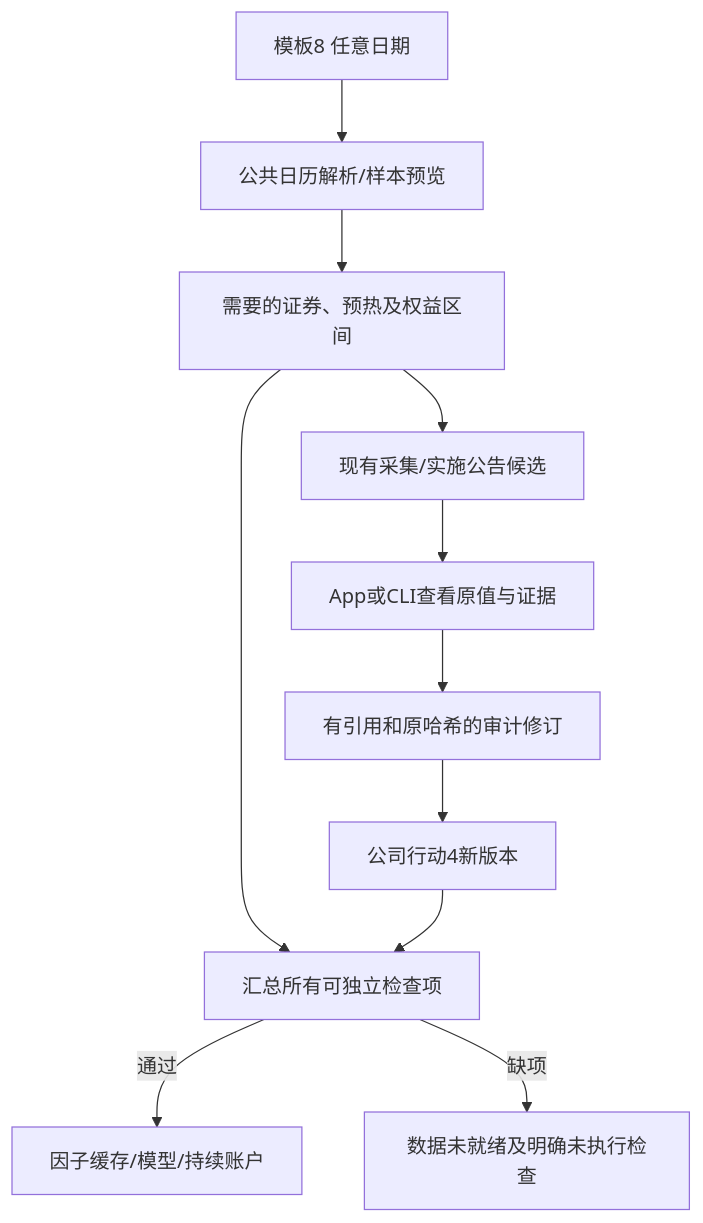
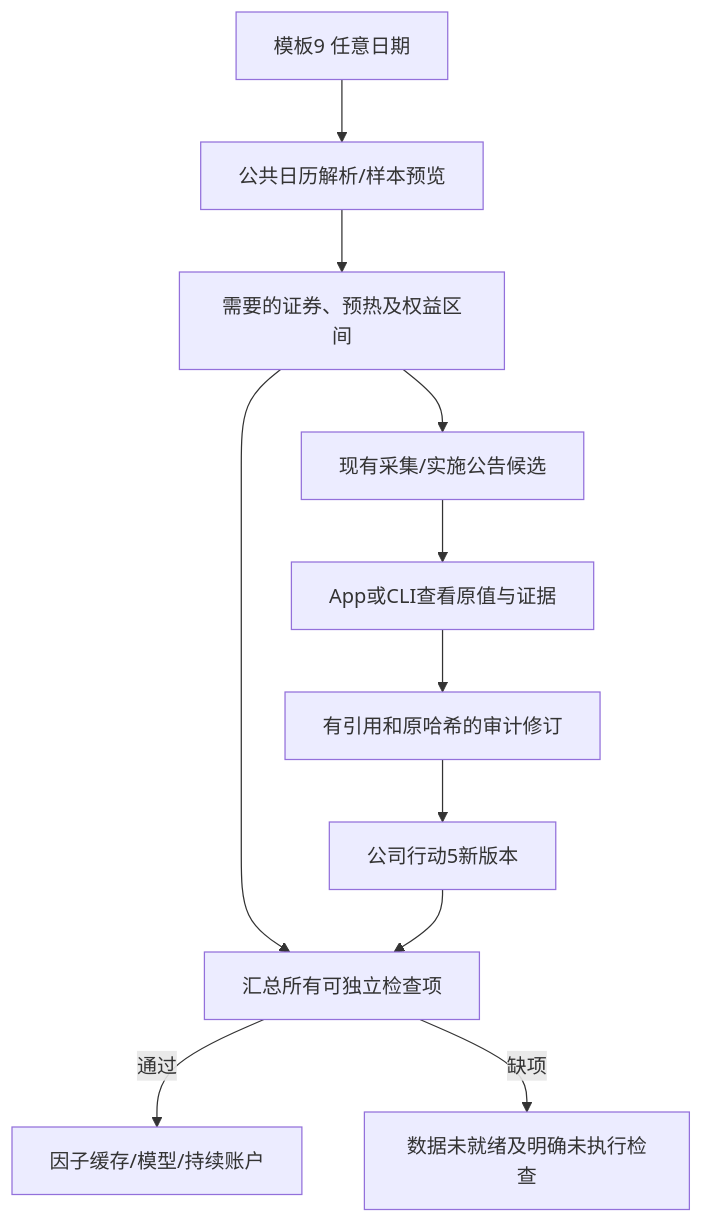
Before and after one commit to Dennishaha/JFQuant: the third of 10 diagrams in crates/workflow/README.md, drawn with Mermaid. The commit also changed other lines of this file and 78 other files, not shown here.

````diff
--- a/crates/workflow/README.md
+++ b/crates/workflow/README.md
@@ -156,13 +156,13 @@
 ```mermaid
 flowchart TD
-  T[模板8 任意日期] --> D[公共日历解析/样本预览]
+  T[模板9 任意日期] --> D[公共日历解析/样本预览]
   D --> Q[需要的证券、预热及权益区间]
   Q --> C[现有采集/实施公告候选]
   C --> I[App或CLI查看原值与证据]
   I --> R[有引用和原哈希的审计修订]
-  R --> V[公司行动4新版本]
+  R --> V[公司行动5新版本]
   Q --> G[汇总所有可独立检查项]
   V --> G
   G -->|通过| M[因子缓存/模型/持续账户]
   G -->|缺项| E[数据未就绪及明确未执行检查]
 ```
````
